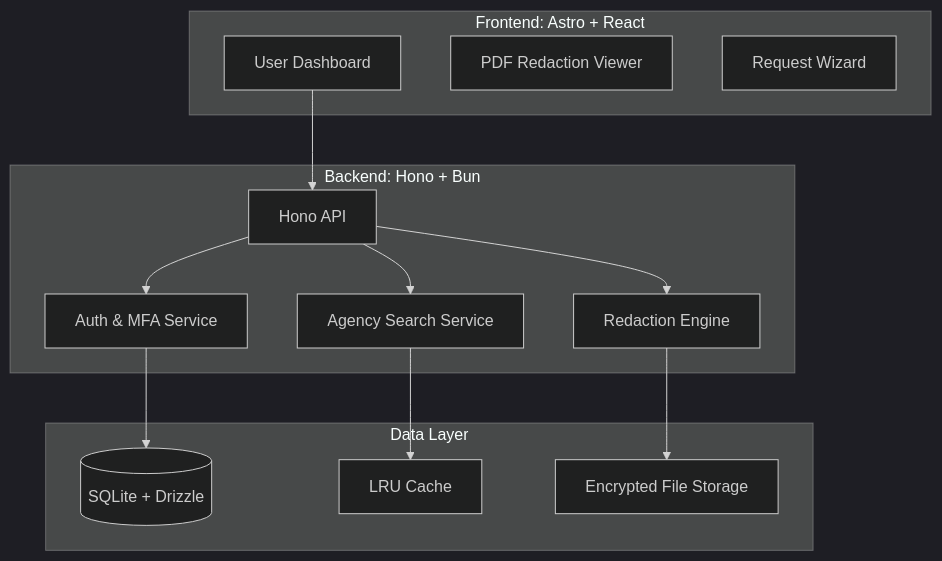
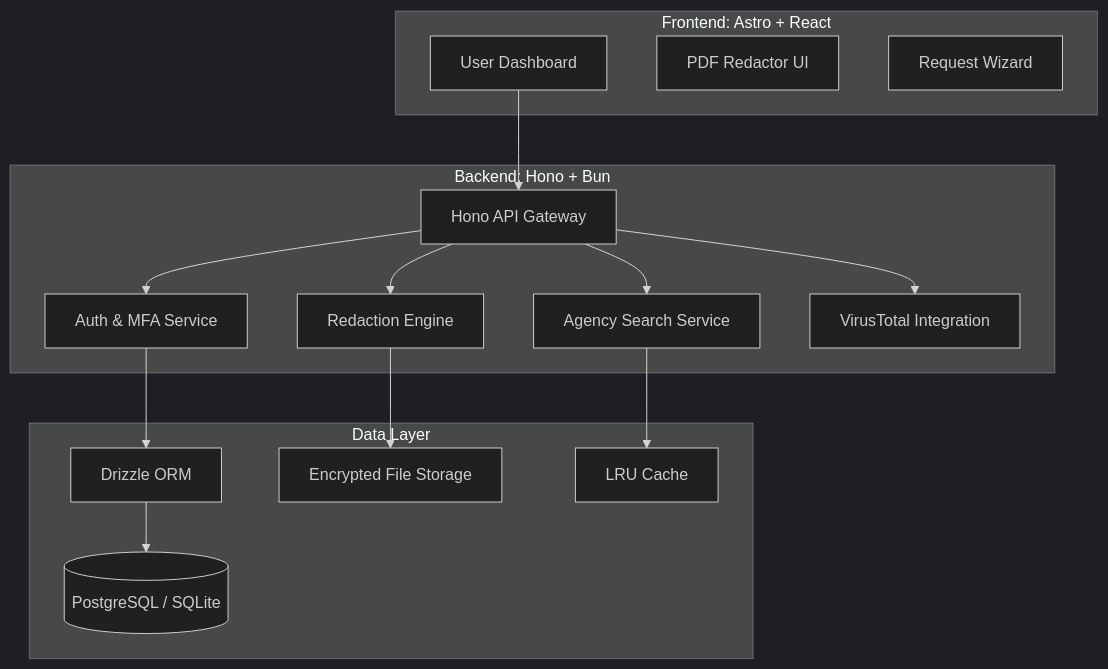
The first of 2 diagrams in README.md (WomB0ComB0/foia-stream), drawn with Mermaid (dark theme) before and after one commit. The commit also changed other lines of this file, not shown here.

````diff
--- a/README.md
+++ b/README.md
@@ -84,29 +85,33 @@
 ```mermaid
 graph TD
     subgraph Client_Layer [Frontend: Astro + React]
         UI[User Dashboard]
-        Viewer[PDF Redaction Viewer]
+        Viewer[PDF Redactor UI]
         Forms[Request Wizard]
     end
 
     subgraph API_Layer [Backend: Hono + Bun]
-        Gateway[Hono API]
+        Gateway[Hono API Gateway]
         AuthSvc[Auth & MFA Service]
         RedactSvc[Redaction Engine]
         AgencySvc[Agency Search Service]
+        ScanSvc[VirusTotal Integration]
     end
 
     subgraph Persistence [Data Layer]
-        DB[(SQLite + Drizzle)]
+        DB[(PostgreSQL / SQLite)]
+        ORM[Drizzle ORM]
+        Storage[Encrypted File Storage]
         Cache[LRU Cache]
-        Files[Encrypted File Storage]
     end
 
     UI --> Gateway
     Gateway --> AuthSvc
     Gateway --> RedactSvc
     Gateway --> AgencySvc
-    AuthSvc --> DB
-    RedactSvc --> Files
+    Gateway --> ScanSvc
+    AuthSvc --> ORM
+    ORM --> DB
+    RedactSvc --> Storage
     AgencySvc --> Cache
 ```
````
